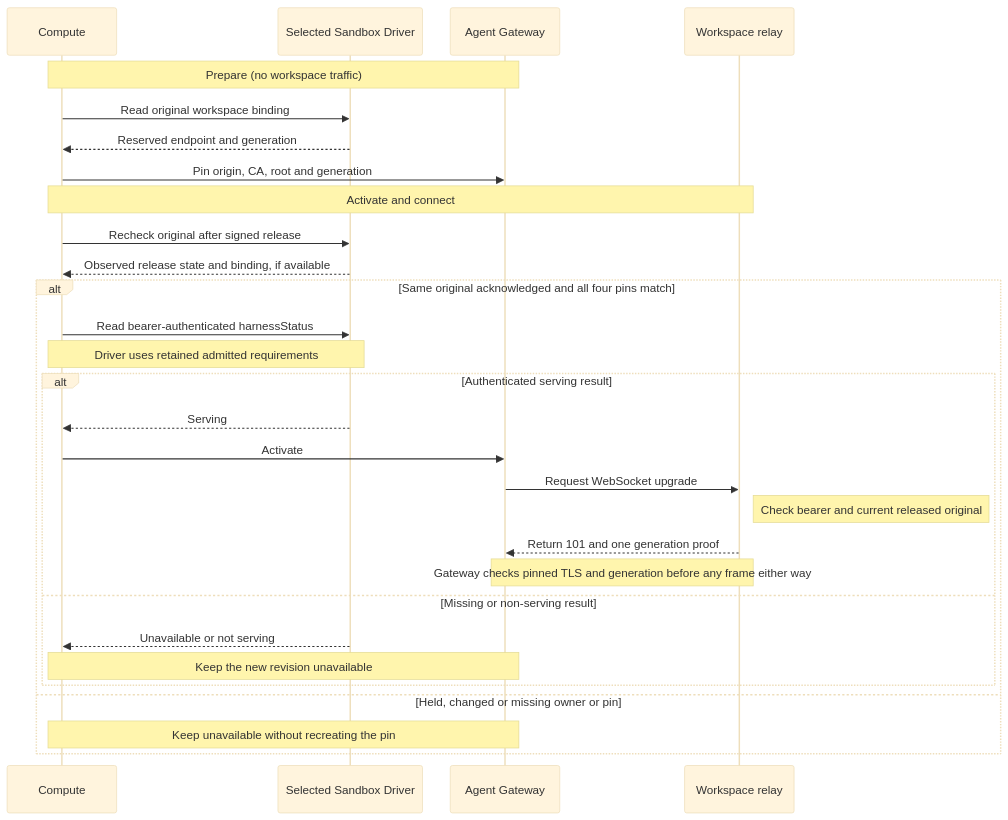
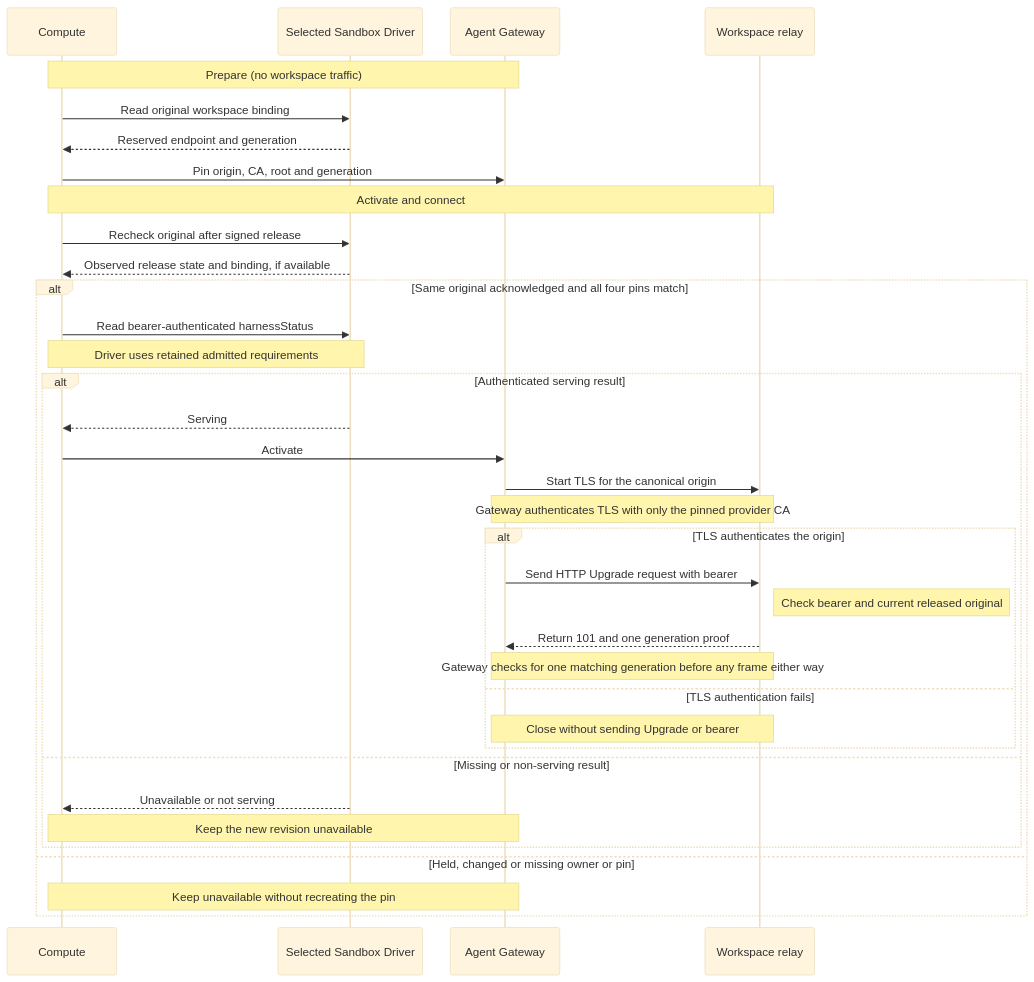
One commit to openclaw/openclaw-enterprise changed the diagram in specs/rfcs/0031-protected-codex-workspace-endpoint/request-lifecycle.mmd. Above: the diagram before and after it, drawn with Mermaid. The commit also changed 2 other files, not shown here.

Commit message:
docs(rfc): authenticate workspace TLS before upgrade

```diff
--- a/specs/rfcs/0031-protected-codex-workspace-endpoint/request-lifecycle.mmd
+++ b/specs/rfcs/0031-protected-codex-workspace-endpoint/request-lifecycle.mmd
@@ -1,43 +1,49 @@
 ---
 config:
   theme: base
   sequence:
     useMaxWidth: false
     diagramMarginX: 18
     diagramMarginY: 12
     actorMargin: 38
     boxMargin: 8
     messageMargin: 28
     mirrorActors: true
 ---
 sequenceDiagram
   accTitle: Proposed protected workspace lifecycle
-  accDescr: Compute pins a reservation from the selected Sandbox Driver. After the same original acknowledges signed release, Compute compares all four pins and asks the Driver for bearer-authenticated serving status using the retained admitted requirements. Only serving permits activation. The relay checks the bearer and current released original before upgrade. The Gateway checks TLS against the pinned provider CA and exactly one matching generation proof before sending or accepting native frames.
+  accDescr: Compute pins a reservation from the selected Sandbox Driver. After the same original acknowledges signed release, Compute compares all four pins and asks the Driver for bearer-authenticated serving status using the retained admitted requirements. Only serving permits activation. The Gateway authenticates the canonical origin with only the pinned provider CA before it sends the HTTP Upgrade request and bearer. A TLS failure sends neither. On the authenticated connection the relay checks the bearer and released original before returning 101 with one generation proof. The Gateway verifies that proof before sending or accepting native frames.
   participant C as Compute
   participant S as Selected Sandbox Driver
   participant G as Agent Gateway
   participant W as Workspace relay
   Note over C,G: Prepare (no workspace traffic)
   C->>S: Read original workspace binding
   S-->>C: Reserved endpoint and generation
   C->>G: Pin origin, CA, root and generation
   Note over C,W: Activate and connect
   C->>S: Recheck original after signed release
   S-->>C: Observed release state and binding, if available
   alt Same original acknowledged and all four pins match
     C->>S: Read bearer-authenticated harnessStatus
     Note over C,S: Driver uses retained admitted requirements
     alt Authenticated serving result
       S-->>C: Serving
       C->>G: Activate
-      G->>W: Request WebSocket upgrade
-      Note right of W: Check bearer and current released original
-      W-->>G: Return 101 and one generation proof
-      Note over G,W: Gateway checks pinned TLS and generation before any frame either way
+      G->>W: Start TLS for the canonical origin
+      Note over G,W: Gateway authenticates TLS with only the pinned provider CA
+      alt TLS authenticates the origin
+        G->>W: Send HTTP Upgrade request with bearer
+        Note right of W: Check bearer and current released original
+        W-->>G: Return 101 and one generation proof
+        Note over G,W: Gateway checks for one matching generation before any frame either way
+      else TLS authentication fails
+        Note over G,W: Close without sending Upgrade or bearer
+      end
     else Missing or non-serving result
       S-->>C: Unavailable or not serving
       Note over C,G: Keep the new revision unavailable
     end
   else Held, changed or missing owner or pin
     Note over C,G: Keep unavailable without recreating the pin
   end
```
